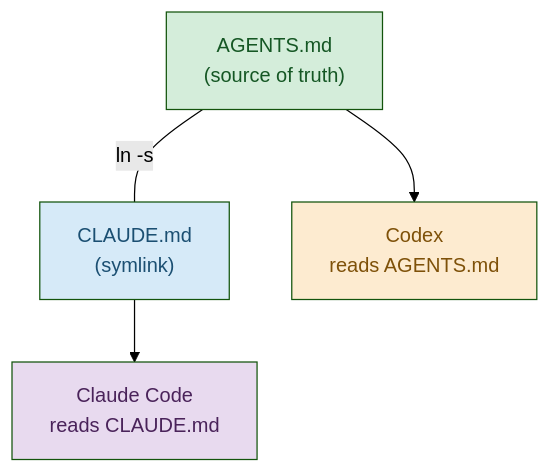
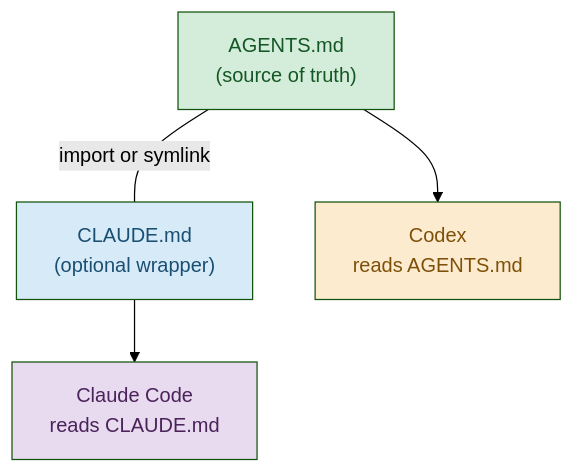
Before and after one commit to vasilyu1983/AI-Agents-public: the diagram in frameworks/shared-skills/skills/dev-context-engineering/references/multi-repo-strategy.md, drawn with Mermaid (forest theme). The commit also changed other lines of this file and 151 other files, not shown here.

````diff
--- a/frameworks/shared-skills/skills/dev-context-engineering/references/multi-repo-strategy.md
+++ b/frameworks/shared-skills/skills/dev-context-engineering/references/multi-repo-strategy.md
@@ -5,18 +5,18 @@
 ```mermaid
 flowchart TD
     AGENTS["AGENTS.md\n(source of truth)"]
-    CLAUDE["CLAUDE.md\n(symlink)"]
+    CLAUDE["CLAUDE.md\n(optional wrapper)"]
 
-    AGENTS ---|"ln -s"| CLAUDE
+    AGENTS ---|"import or symlink"| CLAUDE
 
     CC["Claude Code\nreads CLAUDE.md"]
     CX["Codex\nreads AGENTS.md"]
 
     CLAUDE --> CC
     AGENTS --> CX
 
     style AGENTS fill:#d4edda,color:#155724
     style CLAUDE fill:#d6eaf8,color:#1b4f72
     style CC fill:#e8daef,color:#4a235a
     style CX fill:#fdebd0,color:#7e5109
 ```
````
